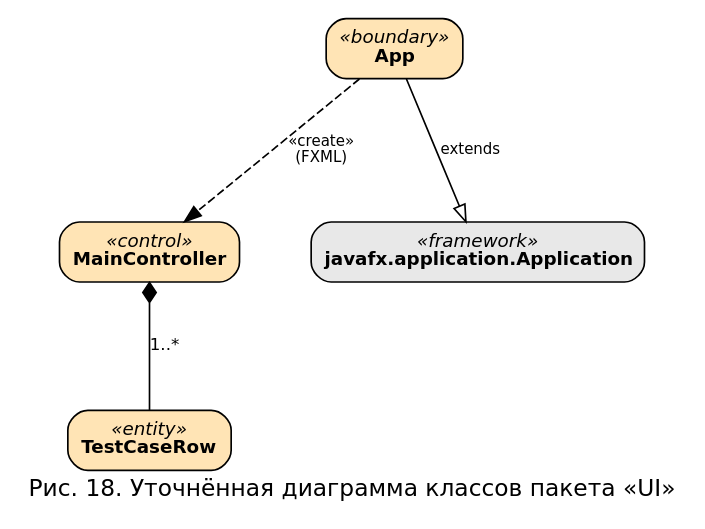
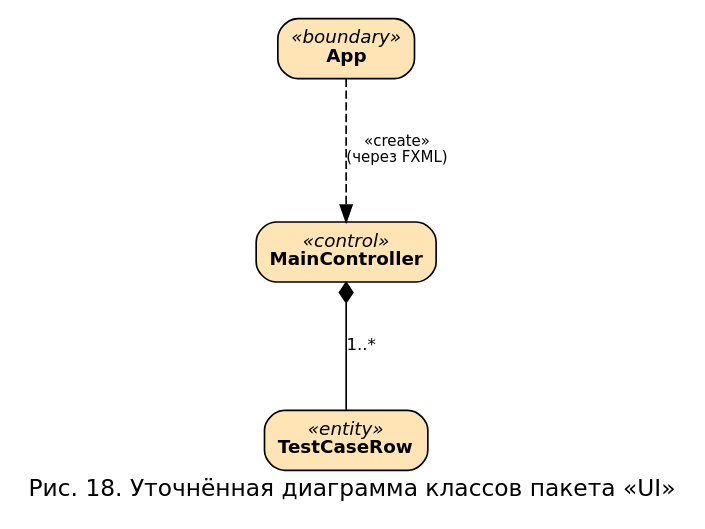
The diagram in diagrams/cls_ui_refined.dot (nastolbov/AutoTestGeneratorUpdate), drawn with Graphviz before and after one commit. The commit also changed 6 other files, not shown here.

First line of the commit message:
diagrams + MD: только 3 типа связей + актуализация data на 5 классов

```diff
--- a/diagrams/cls_ui_refined.dot
+++ b/diagrams/cls_ui_refined.dot
@@ -1,27 +1,22 @@
 digraph ClsUIRefined {
     rankdir=TB;
     fontname="DejaVu Sans";
     label="Рис. 18. Уточнённая диаграмма классов пакета «UI»";
     labelloc="b";
     fontsize=14;
     nodesep=0.6;
     ranksep=0.9;
 
     node [fontname="DejaVu Sans", fontsize=11, shape=box, style="rounded,filled"];
     edge [fontname="DejaVu Sans", fontsize=10];
 
     App            [fillcolor="#FFE4B5", label=<<I>«boundary»</I><BR/><B>App</B>>];
     MainController [fillcolor="#FFE4B5", label=<<I>«control»</I><BR/><B>MainController</B>>];
     TestCaseRow    [fillcolor="#FFE4B5", label=<<I>«entity»</I><BR/><B>TestCaseRow</B>>];
 
-    JavaFXApp      [fillcolor="#E8E8E8", label=<<I>«framework»</I><BR/><B>javafx.application.Application</B>>];
+    // Ассоциация → (создание контроллера через FXMLLoader)
+    App -> MainController [label="«create»\n(через FXML)", style=dashed, fontsize=9];
 
-    // Обобщение (наследование) — пустой треугольник
-    App -> JavaFXApp [arrowhead=empty, label="extends", fontsize=9];
-
-    // Ассоциация — обычная стрелка (создание через FXML)
-    App -> MainController [label="«create»\n(FXML)", style=dashed, fontsize=9];
-
-    // Композиция ♦ — закрашенный ромб (inner static class)
+    // Композиция ♦ — TestCaseRow живёт только внутри MainController
     MainController -> TestCaseRow [arrowtail=diamond, dir=back, label="1..*", fontsize=10];
 }
```
